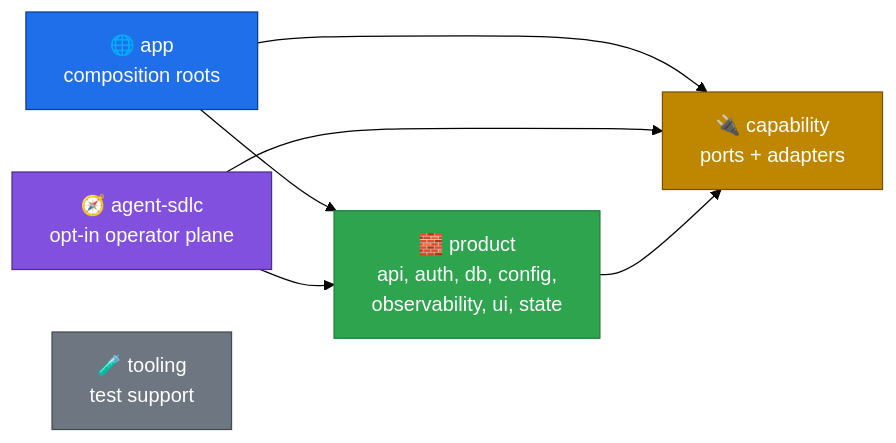
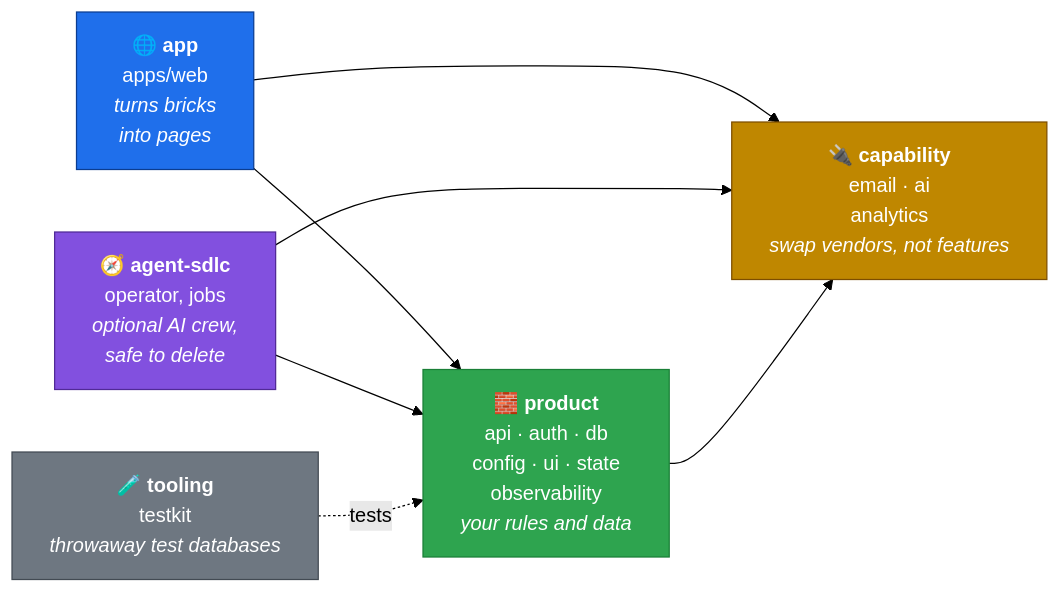
Before and after one commit to jeffscottward/darkfactory: the diagram in README.md, drawn with Mermaid (forest theme). The commit also changed other lines of this file and 183 other files, not shown here.

````diff
--- a/README.md
+++ b/README.md
@@ -21,23 +21,24 @@
 ```mermaid
 flowchart LR
-  app["🌐 app<br/>composition roots"]
-  sdlc["🧭 agent-sdlc<br/>opt-in operator plane"]
-  product["🧱 product<br/>api, auth, db, config,<br/>observability, ui, state"]
-  capability["🔌 capability<br/>ports + adapters"]
-  tooling["🧪 tooling<br/>test support"]
+  app["🌐 <b>app</b><br/>apps/web<br/><i>turns bricks<br/>into pages</i>"]
+  sdlc["🧭 <b>agent-sdlc</b><br/>operator, jobs<br/><i>optional AI crew,<br/>safe to delete</i>"]
+  product["🧱 <b>product</b><br/>api · auth · db<br/>config · ui · state<br/>observability<br/><i>your rules and data</i>"]
+  capability["🔌 <b>capability</b><br/>email · ai<br/>analytics<br/><i>swap vendors, not features</i>"]
+  tooling["🧪 <b>tooling</b><br/>testkit<br/><i>throwaway test databases</i>"]
 
   app --> product & capability
   sdlc --> product & capability
   product --> capability
+  tooling -.->|tests| product
 
   classDef appRole fill:#1f6feb,stroke:#0b3d91,color:#ffffff
   classDef productRole fill:#2ea44f,stroke:#1a7f37,color:#ffffff
   classDef capabilityRole fill:#bf8700,stroke:#7d4e00,color:#ffffff
   classDef sdlcRole fill:#8250df,stroke:#512a97,color:#ffffff
   classDef toolingRole fill:#6e7781,stroke:#424a53,color:#ffffff
   class app appRole
   class product productRole
   class capability capabilityRole
   class sdlc sdlcRole
   class tooling toolingRole
 ```
````
